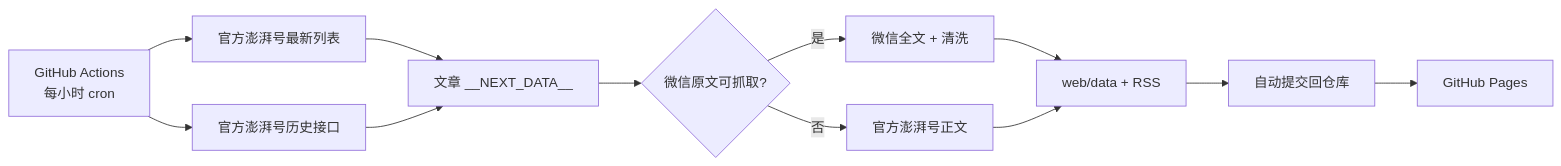
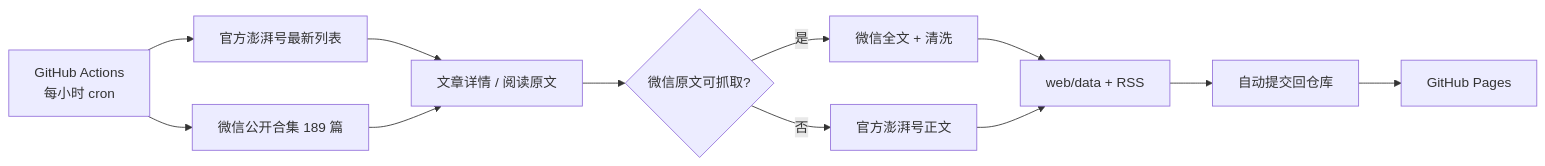
Before and after one commit to iCxin/scau-wechat-mirror: the diagram in README.md, drawn with Mermaid. The commit also changed other lines of this file, not shown here.

````diff
--- a/README.md
+++ b/README.md
@@ -26,14 +26,14 @@
 ```mermaid
 flowchart LR
   A[GitHub Actions<br/>每小时 cron] --> B[官方澎湃号最新列表]
-  A --> B2[官方澎湃号历史接口]
-  B --> C[文章 __NEXT_DATA__]
+  A --> B2[微信公开合集 189 篇]
+  B --> C[文章详情 / 阅读原文]
   B2 --> C
   C --> D{微信原文可抓取?}
   D -->|是| E[微信全文 + 清洗]
   D -->|否| F[官方澎湃号正文]
   E --> G[web/data + RSS]
   F --> G
   G --> H[自动提交回仓库]
   H --> I[GitHub Pages]
 ```
````
